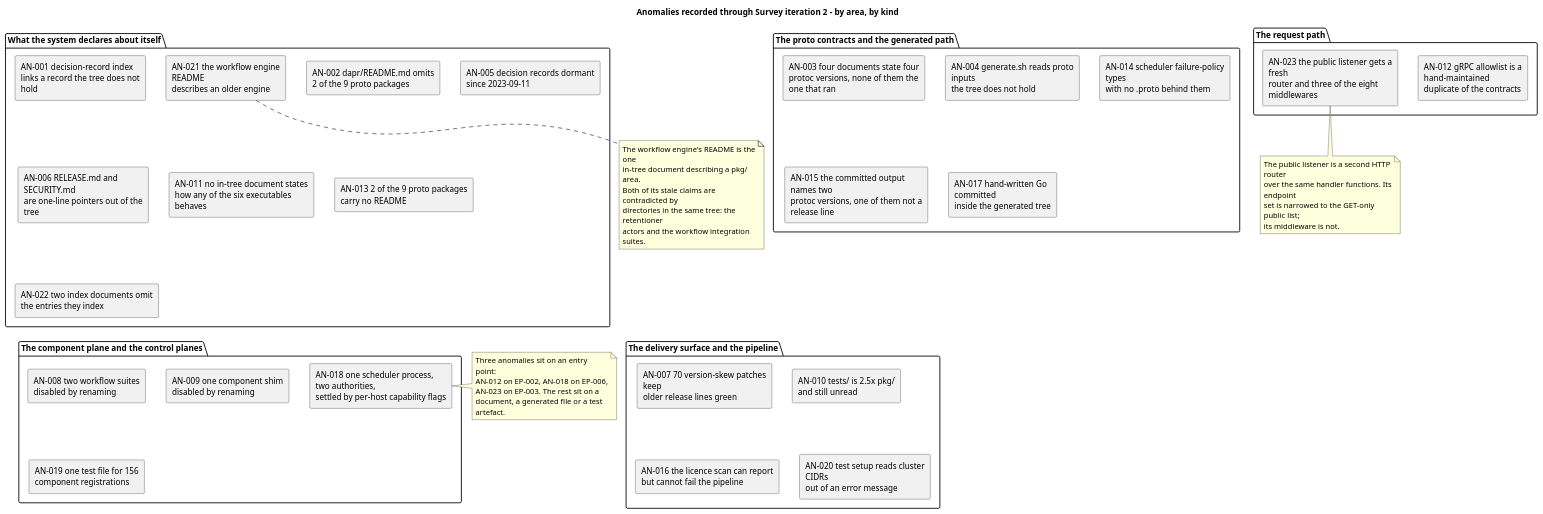
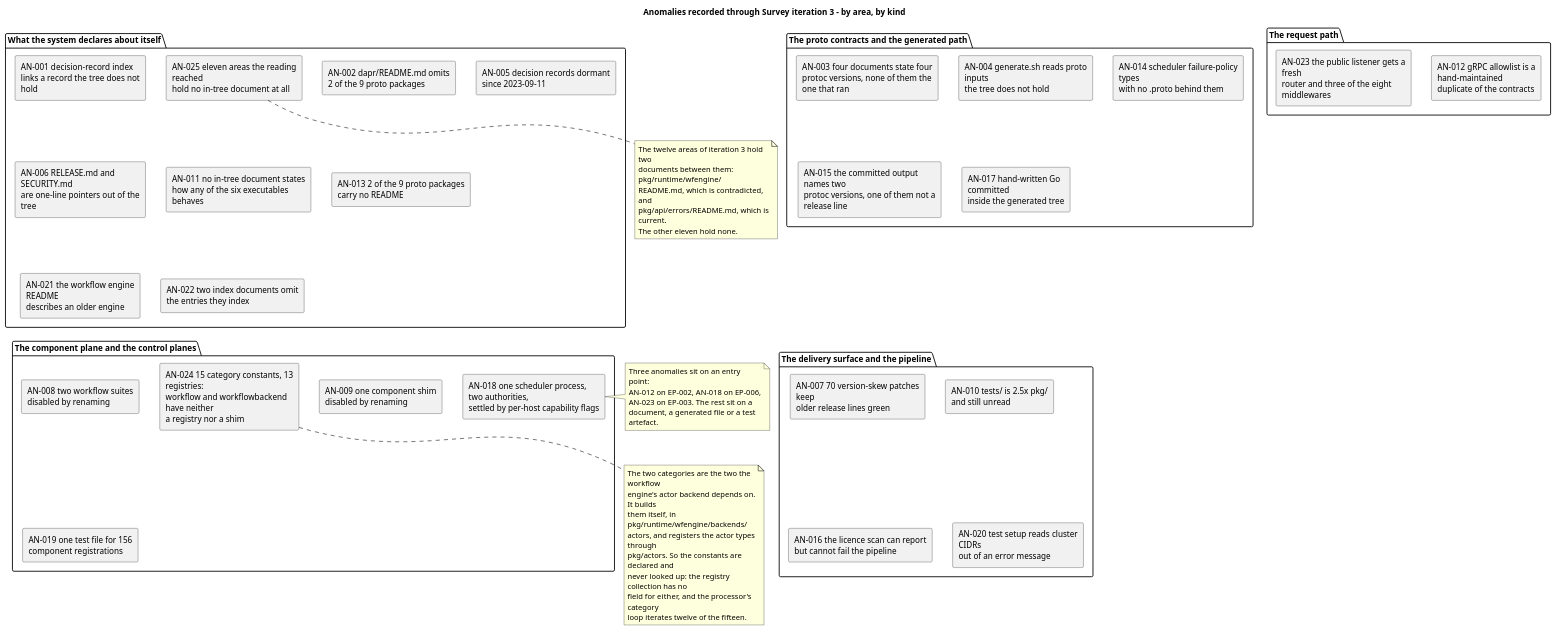
Before and after one commit to banense-test/dapr: the fourth of 5 diagrams in docs/artifacts/discovery/system-inventory.md, drawn with PlantUML. The commit also changed other lines of this file, not shown here.

Commit message:
Software Archaeologist [Survey3]: upsert System Inventory
[skip ci]

````diff
--- a/docs/artifacts/discovery/system-inventory.md
+++ b/docs/artifacts/discovery/system-inventory.md
@@ -569,66 +569,72 @@
 ```plantuml
 @startuml
-title Anomalies recorded through Survey iteration 2 - by area, by kind
+title Anomalies recorded through Survey iteration 3 - by area, by kind
 skinparam componentStyle rectangle
 skinparam wrapWidth 230
 
 package "What the system declares about itself" {
   [AN-001 decision-record index\nlinks a record the tree does not hold] as A1
   [AN-002 dapr/README.md omits\n2 of the 9 proto packages] as A2
   [AN-005 decision records dormant\nsince 2023-09-11] as A5
   [AN-006 RELEASE.md and SECURITY.md\nare one-line pointers out of the tree] as A6
   [AN-011 no in-tree document states\nhow any of the six executables behaves] as A11
   [AN-013 2 of the 9 proto packages\ncarry no README] as A13
   [AN-021 the workflow engine README\ndescribes an older engine] as A21
   [AN-022 two index documents omit\nthe entries they index] as A22
+  [AN-025 eleven areas the reading reached\nhold no in-tree document at all] as A25
 }
 
 package "The proto contracts and the generated path" {
   [AN-003 four documents state four\nprotoc versions, none of them the one that ran] as A3
   [AN-004 generate.sh reads proto inputs\nthe tree does not hold] as A4
   [AN-014 scheduler failure-policy types\nwith no .proto behind them] as A14
   [AN-015 the committed output names two\nprotoc versions, one of them not a release line] as A15
   [AN-017 hand-written Go committed\ninside the generated tree] as A17
 }
 
 package "The request path" {
   [AN-012 gRPC allowlist is a hand-maintained\nduplicate of the contracts] as A12
   [AN-023 the public listener gets a fresh\nrouter and three of the eight middlewares] as A23
 }
 
 package "The component plane and the control planes" {
   [AN-008 two workflow suites\ndisabled by renaming] as A8
   [AN-009 one component shim\ndisabled by renaming] as A9
   [AN-018 one scheduler process, two authorities,\nsettled by per-host capability flags] as A18
   [AN-019 one test file for 156\ncomponent registrations] as A19
+  [AN-024 15 category constants, 13 registries:\nworkflow and workflowbackend have neither\na registry nor a shim] as A24
 }
 
 package "The delivery surface and the pipeline" {
   [AN-007 70 version-skew patches keep\nolder release lines green] as A7
   [AN-010 tests/ is 2.5x pkg/\nand still unread] as A10
   [AN-016 the licence scan can report\nbut cannot fail the pipeline] as A16
   [AN-020 test setup reads cluster CIDRs\nout of an error message] as A20
 }
 
 note right of A18
   Three anomalies sit on an entry point:
   AN-012 on EP-002, AN-018 on EP-006,
   AN-023 on EP-003. The rest sit on a
   document, a generated file or a test
   artefact.
 end note
-note bottom of A23
-  The public listener is a second HTTP router
-  over the same handler functions. Its endpoint
-  set is narrowed to the GET-only public list;
-  its middleware is not.
+note bottom of A24
+  The two categories are the two the workflow
+  engine's actor backend depends on. It builds
+  them itself, in pkg/runtime/wfengine/backends/
+  actors, and registers the actor types through
+  pkg/actors. So the constants are declared and
+  never looked up: the registry collection has no
+  field for either, and the processor's category
+  loop iterates twelve of the fifteen.
 end note
-note bottom of A21
-  The workflow engine's README is the one
-  in-tree document describing a pkg/ area.
-  Both of its stale claims are contradicted by
-  directories in the same tree: the retentioner
-  actors and the workflow integration suites.
+note bottom of A25
+  The twelve areas of iteration 3 hold two
+  documents between them: pkg/runtime/wfengine/
+  README.md, which is contradicted, and
+  pkg/api/errors/README.md, which is current.
+  The other eleven hold none.
 end note
 @enduml
 ```
````
